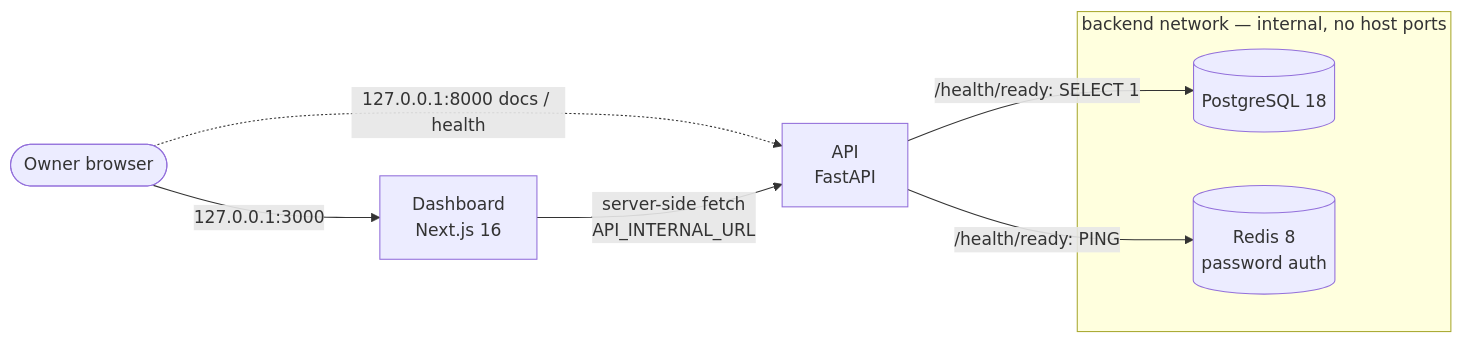
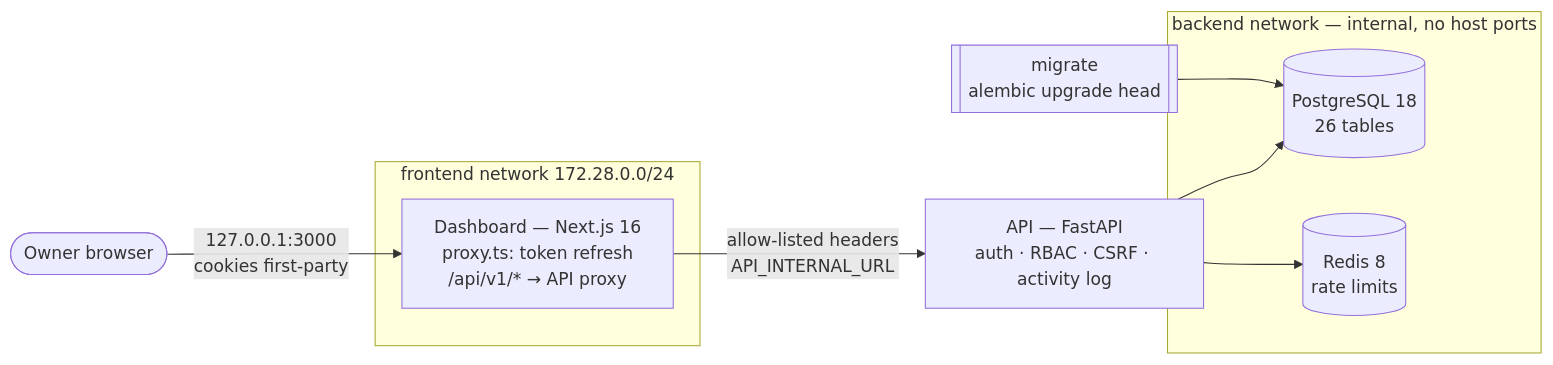
One commit to 10-aqib/Auto-Master- changed the diagram in docs/architecture/overview.md. Above: the diagram before and after it, drawn with Mermaid. The commit also changed other lines of this file and 116 other files, not shown here.

````diff
--- a/docs/architecture/overview.md
+++ b/docs/architecture/overview.md
@@ -8,12 +9,15 @@
 ```mermaid
 flowchart LR
-  owner([Owner browser]) -->|127.0.0.1:3000| dash[Dashboard<br/>Next.js 16]
-  owner -.->|127.0.0.1:8000 docs / health| api
-  dash -->|server-side fetch<br/>API_INTERNAL_URL| api[API<br/>FastAPI]
+  owner([Owner browser]) -->|127.0.0.1:3000<br/>cookies first-party| dash
+  subgraph frontend [frontend network 172.28.0.0/24]
+    dash[Dashboard — Next.js 16<br/>proxy.ts: token refresh<br/>/api/v1/* → API proxy]
+  end
+  dash -->|allow-listed headers<br/>API_INTERNAL_URL| api[API — FastAPI<br/>auth · RBAC · CSRF · activity log]
+  migrate[[migrate<br/>alembic upgrade head]] --> pg
   subgraph backend [backend network — internal, no host ports]
-    pg[(PostgreSQL 18)]
-    rd[(Redis 8<br/>password auth)]
+    pg[(PostgreSQL 18<br/>26 tables)]
+    rd[(Redis 8<br/>rate limits)]
   end
-  api -->|/health/ready: SELECT 1| pg
-  api -->|/health/ready: PING| rd
+  api --> pg
+  api --> rd
 ```
````
